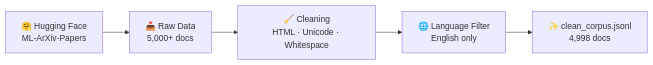
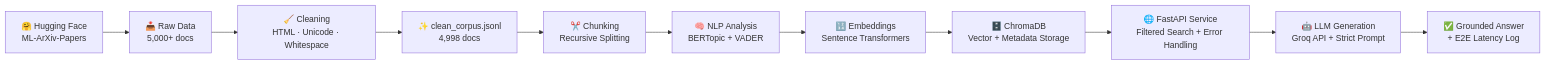
The diagram in README.md (danishbhi29/parallax-rag-knowledge-extractor), drawn with Mermaid before and after one commit. The commit also changed other lines of this file and 4 other files, not shown here.

Commit message:
Week 5: Added FastAPI service, retrieval evaluation (Precision/Recall), API unit tests, and updated README

````diff
--- a/README.md
+++ b/README.md
@@ -46,7 +66,13 @@
 ```mermaid
 flowchart LR
     A[🤗 Hugging Face<br/>ML-ArXiv-Papers] --> B[📥 Raw Data<br/>5,000+ docs]
     B --> C[🧹 Cleaning<br/>HTML · Unicode · Whitespace]
-    C --> D[🌐 Language Filter<br/>English only]
-    D --> E[✨ clean_corpus.jsonl<br/>4,998 docs]
+    C --> D[✨ clean_corpus.jsonl<br/>4,998 docs]
+    D --> E[✂️ Chunking<br/>Recursive Splitting]
+    E --> F[🧠 NLP Analysis<br/>BERTopic + VADER]
+    F --> G[🔢 Embeddings<br/>Sentence Transformers]
+    G --> H[🗄️ ChromaDB<br/>Vector + Metadata Storage]
+    H --> I[🌐 FastAPI Service<br/>Filtered Search + Error Handling]
+    I --> J[🤖 LLM Generation<br/>Groq API + Strict Prompt]
+    J --> K[✅ Grounded Answer<br/>+ E2E Latency Log]
 ```
````
